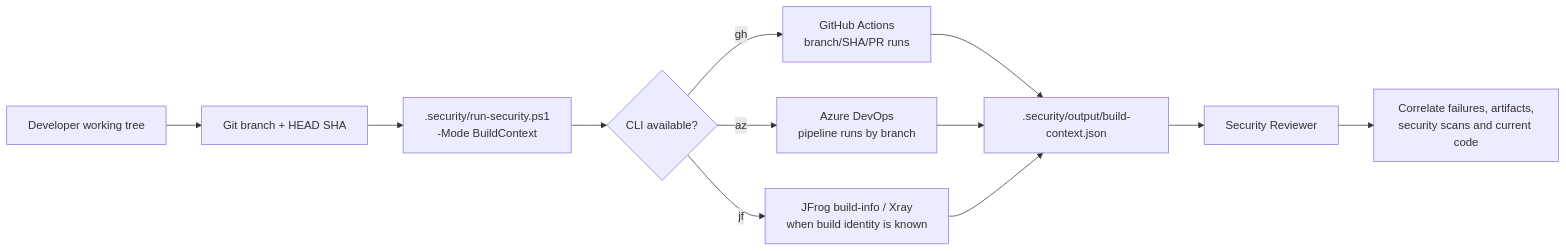
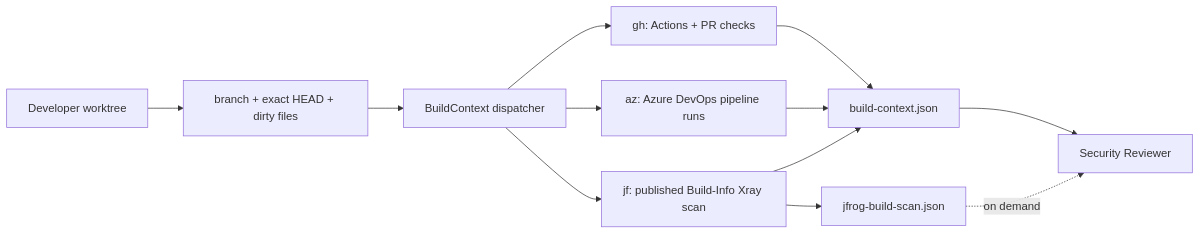
One commit to franciscofunes/copilot-security-pack changed the diagram in docs/BUILD_INTELLIGENCE.md. Above: the diagram before and after it, drawn with Mermaid. The commit also changed other lines of this file, not shown here.

Commit message:
docs: harden build intelligence contracts

````diff
--- a/docs/BUILD_INTELLIGENCE.md
+++ b/docs/BUILD_INTELLIGENCE.md
@@ -15,14 +21,14 @@
 ```mermaid
 flowchart LR
-    A[Developer working tree] --> B[Git branch + HEAD SHA]
-    B --> C[.security/run-security.ps1\n-Mode BuildContext]
-    C --> D{CLI available?}
-    D -->|gh| E[GitHub Actions\nbranch/SHA/PR runs]
-    D -->|az| F[Azure DevOps\npipeline runs by branch]
-    D -->|jf| G[JFrog build-info / Xray\nwhen build identity is known]
-    E --> H[.security/output/build-context.json]
-    F --> H
-    G --> H
-    H --> I[Security Reviewer]
-    I --> J[Correlate failures, artifacts,\nsecurity scans and current code]
+    W[Developer worktree] --> G[branch + exact HEAD + dirty files]
+    G --> D[BuildContext dispatcher]
+    D --> GH[gh: Actions + PR checks]
+    D --> AZ[az: Azure DevOps pipeline runs]
+    D --> JF[jf: published Build-Info Xray scan]
+    GH --> C[build-context.json]
+    AZ --> C
+    JF --> R[jfrog-build-scan.json]
+    JF --> C
+    C --> A[Security Reviewer]
+    R -. on demand .-> A
 ```
````
